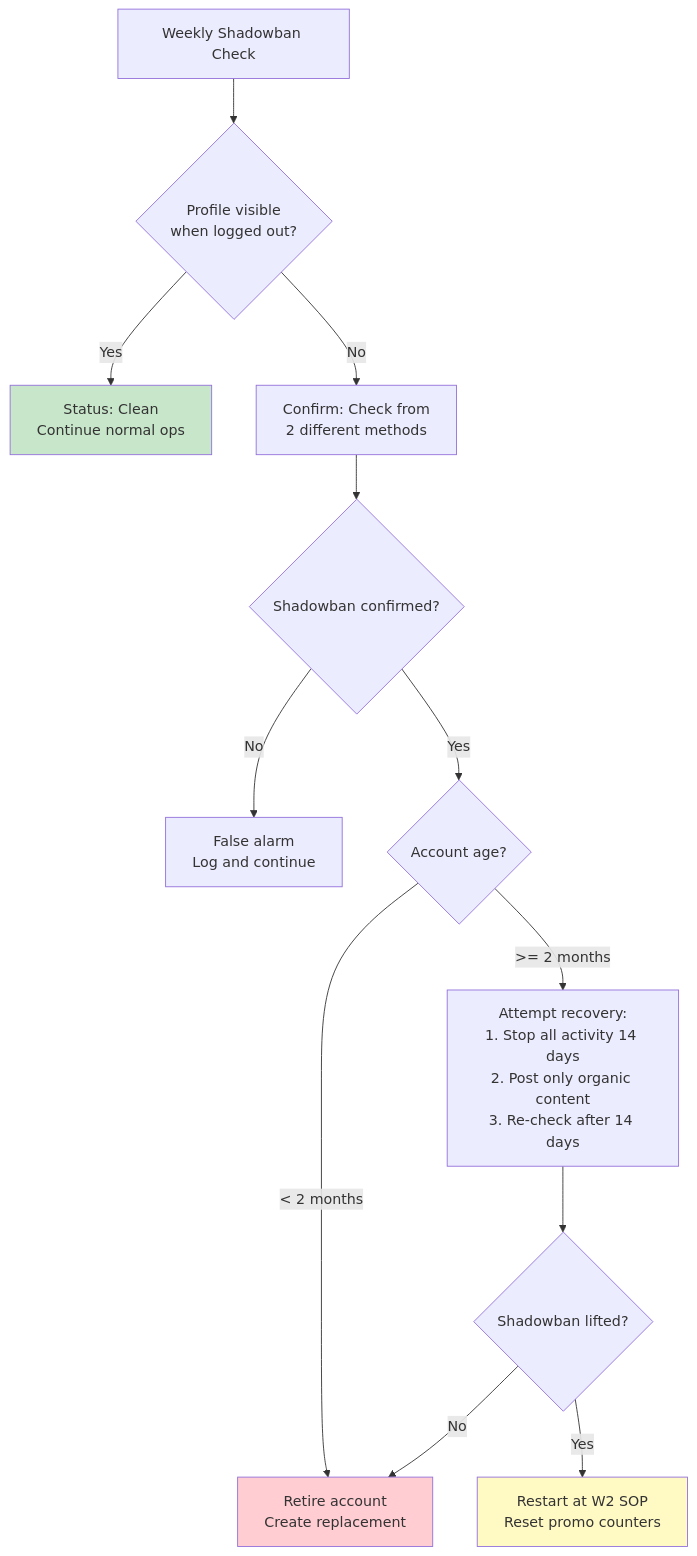
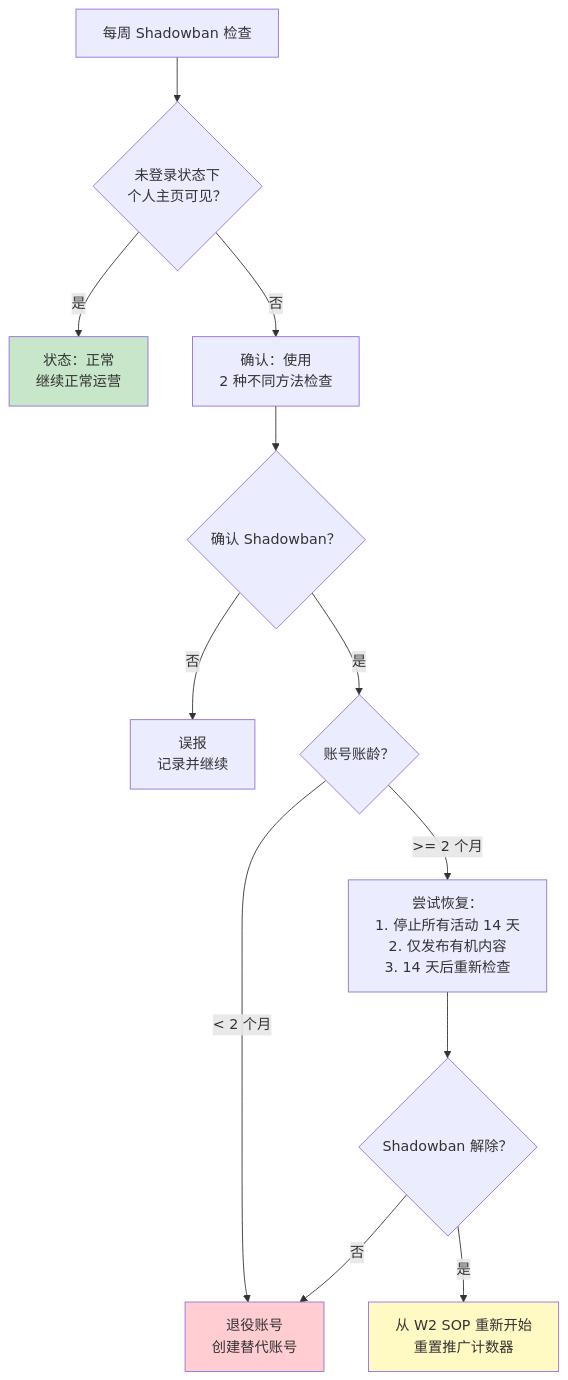
Before and after one commit to chan-kinghin/e-commerce-claw: the fourth of 5 diagrams in plans/PLAN-reddit-specialist.md, drawn with Mermaid. The commit also changed other lines of this file and 55 other files, not shown here.

````diff
--- a/plans/PLAN-reddit-specialist.md
+++ b/plans/PLAN-reddit-specialist.md
@@ -801,18 +801,18 @@
 ```mermaid
 flowchart TD
-    CHECK["Weekly Shadowban Check"] --> RESULT{Profile visible<br/>when logged out?}
-    RESULT -->|Yes| CLEAN["Status: Clean<br/>Continue normal ops"]
-    RESULT -->|No| CONFIRM["Confirm: Check from<br/>2 different methods"]
-    CONFIRM --> CONFIRMED{Shadowban confirmed?}
-    CONFIRMED -->|No| FALSE_ALARM["False alarm<br/>Log and continue"]
-    CONFIRMED -->|Yes| SEVERITY{"Account age?"}
-    SEVERITY -->|< 2 months| RETIRE["Retire account<br/>Create replacement"]
-    SEVERITY -->|>= 2 months| RECOVER["Attempt recovery:<br/>1. Stop all activity 14 days<br/>2. Post only organic content<br/>3. Re-check after 14 days"]
-    RECOVER --> RECHECK{Shadowban lifted?}
-    RECHECK -->|Yes| RESTART["Restart at W2 SOP<br/>Reset promo counters"]
-    RECHECK -->|No| RETIRE
+    CHECK["每周 Shadowban 检查"] --> RESULT{未登录状态下<br/>个人主页可见？}
+    RESULT -->|是| CLEAN["状态：正常<br/>继续正常运营"]
+    RESULT -->|否| CONFIRM["确认：使用<br/>2 种不同方法检查"]
+    CONFIRM --> CONFIRMED{确认 Shadowban？}
+    CONFIRMED -->|否| FALSE_ALARM["误报<br/>记录并继续"]
+    CONFIRMED -->|是| SEVERITY{"账号账龄？"}
+    SEVERITY -->|< 2 个月| RETIRE["退役账号<br/>创建替代账号"]
+    SEVERITY -->|>= 2 个月| RECOVER["尝试恢复：<br/>1. 停止所有活动 14 天<br/>2. 仅发布有机内容<br/>3. 14 天后重新检查"]
+    RECOVER --> RECHECK{Shadowban 解除？}
+    RECHECK -->|是| RESTART["从 W2 SOP 重新开始<br/>重置推广计数器"]
+    RECHECK -->|否| RETIRE
 
     style CLEAN fill:#C8E6C9
     style RETIRE fill:#FFCDD2
     style RESTART fill:#FFF9C4
 ```
````
